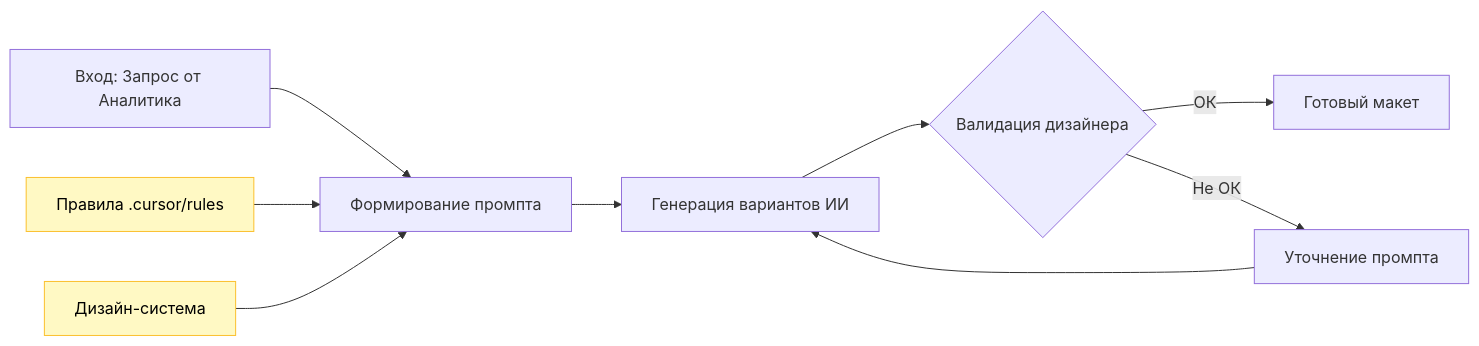
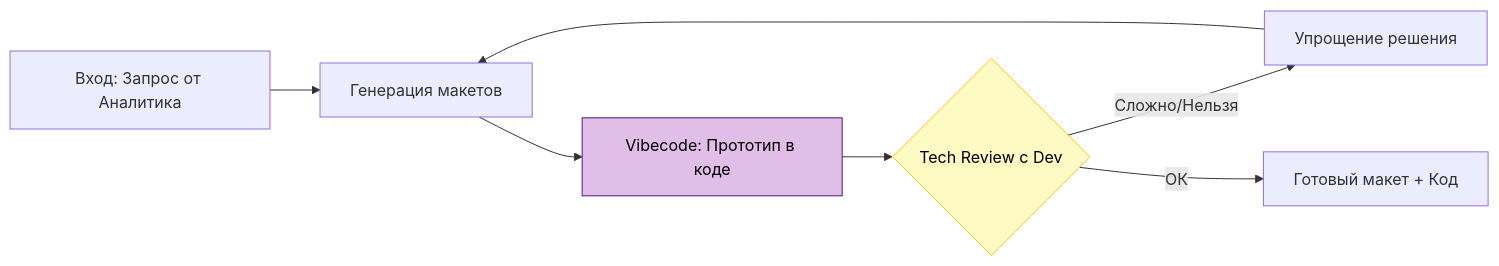
One commit to codenol/gist changed the third of 4 diagrams in docs/analytics/05-процесс-работы-команды.md. Above: the diagram before and after it, drawn with Mermaid. The commit also changed other lines of this file and 3 other files, not shown here.

````diff
--- a/docs/analytics/05-процесс-работы-команды.md
+++ b/docs/analytics/05-процесс-работы-команды.md
@@ -140,14 +153,12 @@
 ```mermaid
 graph LR
-    Input[Вход: Запрос от Аналитика] --> Prompt[Формирование промпта]
-    Rules[Правила .cursor/rules] --> Prompt
-    DS[Дизайн-система] --> Prompt
-    Prompt --> AI[Генерация вариантов ИИ]
-    AI --> Review{Валидация дизайнера}
-    Review -->|ОК| Final[Готовый макет]
-    Review -->|Не ОК| Refine[Уточнение промпта]
+    Input[Вход: Запрос от Аналитика] --> AI[Генерация макетов]
+    AI --> Vibe[Vibecode: Прототип в коде]
+    Vibe --> Tech{Tech Review с Dev}
+    Tech -->|Сложно/Нельзя| Refine[Упрощение решения]
     Refine --> AI
+    Tech -->|ОК| Final[Готовый макет + Код]
     
-    style Rules fill:#FFF9C4,stroke:#FBC02D,color:#000000
-    style DS fill:#FFF9C4,stroke:#FBC02D,color:#000000
+    style Vibe fill:#E1BEE7,stroke:#4A148C,color:#000000
+    style Tech fill:#FFF9C4,stroke:#FBC02D,color:#000000
 ```
````
